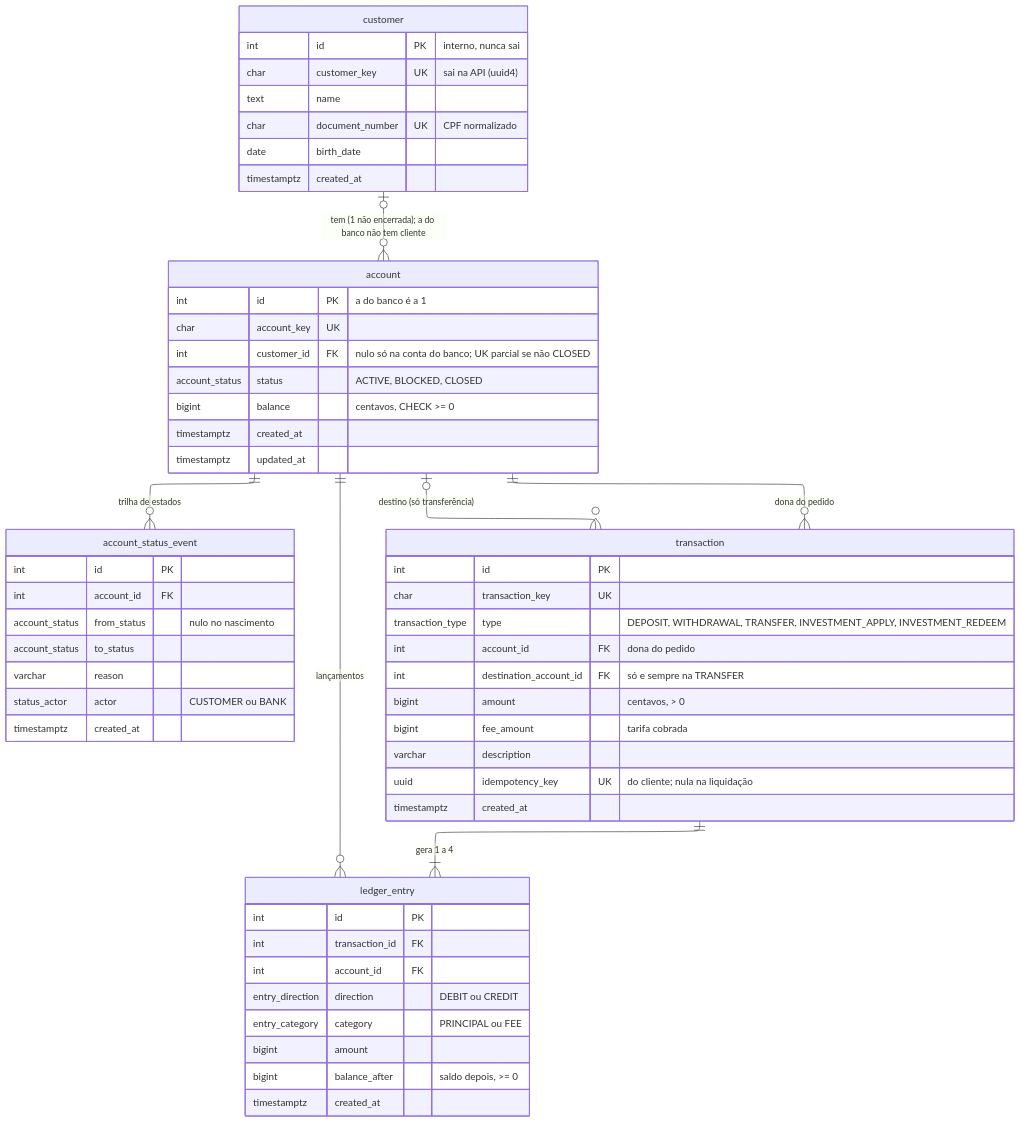
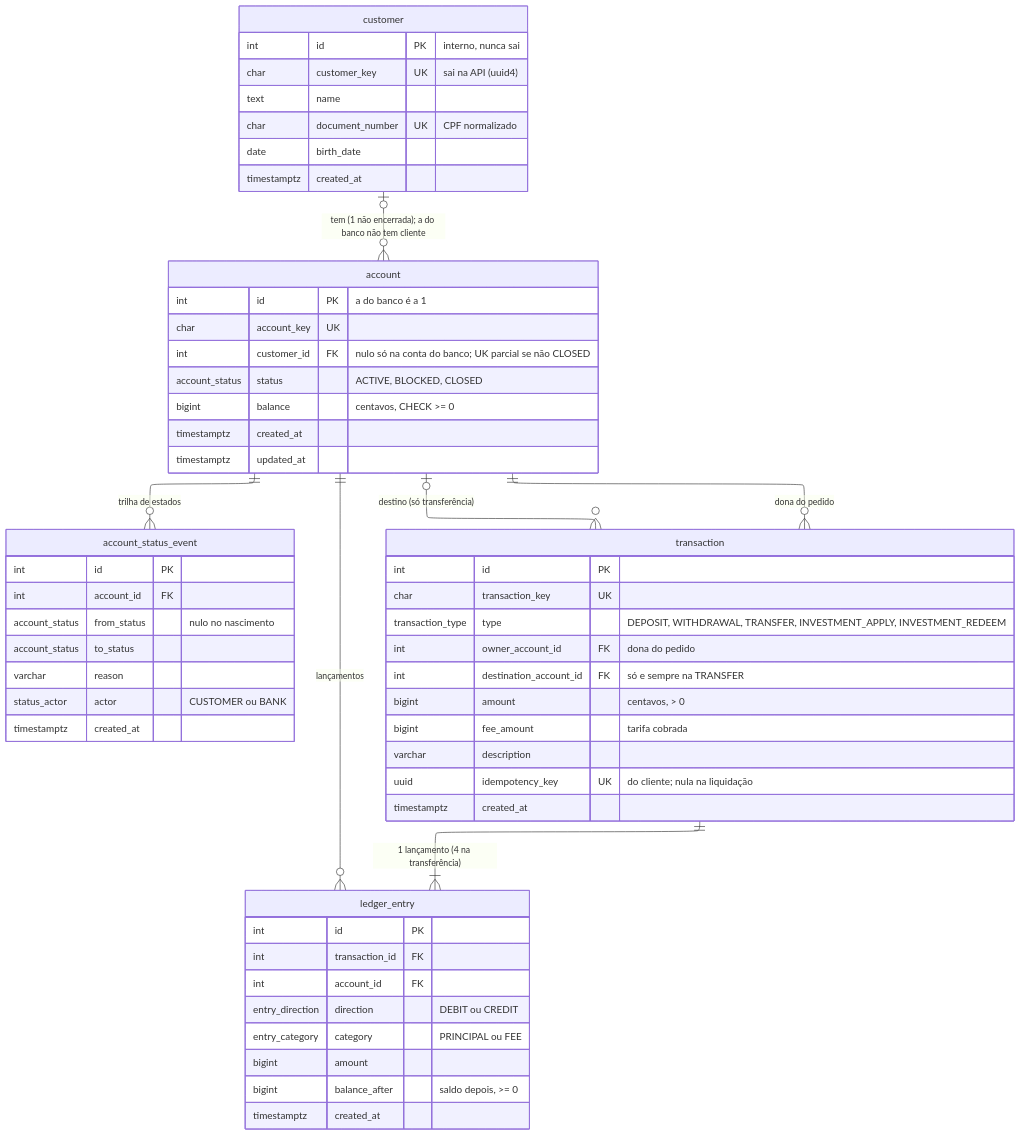
One commit to heluylucas/bootcamp-qi-tech-presidas- changed the diagram in docs/diagramas/er-nucleo.mmd. Above: the diagram before and after it, drawn with Mermaid. The commit also changed 12 other files, not shown here.

Commit message:
:hammer: update: rfc-&-diagrams-architecture-review

```diff
--- a/docs/diagramas/er-nucleo.mmd
+++ b/docs/diagramas/er-nucleo.mmd
@@ -1,63 +1,63 @@
 ---
 config:
   layout: elk
   elk:
     mergeEdges: false
     nodePlacementStrategy: NETWORK_SIMPLEX
 ---
 erDiagram
     customer |o--o{ account : "tem (1 não encerrada); a do banco não tem cliente"
     account ||--o{ account_status_event : "trilha de estados"
     account ||--o{ transaction : "dona do pedido"
     account |o--o{ transaction : "destino (só transferência)"
-    transaction ||--|{ ledger_entry : "gera 1 a 4"
+    transaction ||--|{ ledger_entry : "1 lançamento (4 na transferência)"
     account ||--o{ ledger_entry : "lançamentos"
 
     customer {
         int id PK "interno, nunca sai"
         char customer_key UK "sai na API (uuid4)"
         text name
         char document_number UK "CPF normalizado"
         date birth_date
         timestamptz created_at
     }
     account {
         int id PK "a do banco é a 1"
         char account_key UK
         int customer_id FK "nulo só na conta do banco; UK parcial se não CLOSED"
         account_status status "ACTIVE, BLOCKED, CLOSED"
         bigint balance "centavos, CHECK >= 0"
         timestamptz created_at
         timestamptz updated_at
     }
     account_status_event {
         int id PK
         int account_id FK
         account_status from_status "nulo no nascimento"
         account_status to_status
         varchar reason
         status_actor actor "CUSTOMER ou BANK"
         timestamptz created_at
     }
     transaction {
         int id PK
         char transaction_key UK
         transaction_type type "DEPOSIT, WITHDRAWAL, TRANSFER, INVESTMENT_APPLY, INVESTMENT_REDEEM"
-        int account_id FK "dona do pedido"
+        int owner_account_id FK "dona do pedido"
         int destination_account_id FK "só e sempre na TRANSFER"
         bigint amount "centavos, > 0"
         bigint fee_amount "tarifa cobrada"
         varchar description
         uuid idempotency_key UK "do cliente; nula na liquidação"
         timestamptz created_at
     }
     ledger_entry {
         int id PK
         int transaction_id FK
         int account_id FK
         entry_direction direction "DEBIT ou CREDIT"
         entry_category category "PRINCIPAL ou FEE"
         bigint amount
         bigint balance_after "saldo depois, >= 0"
         timestamptz created_at
     }
```
